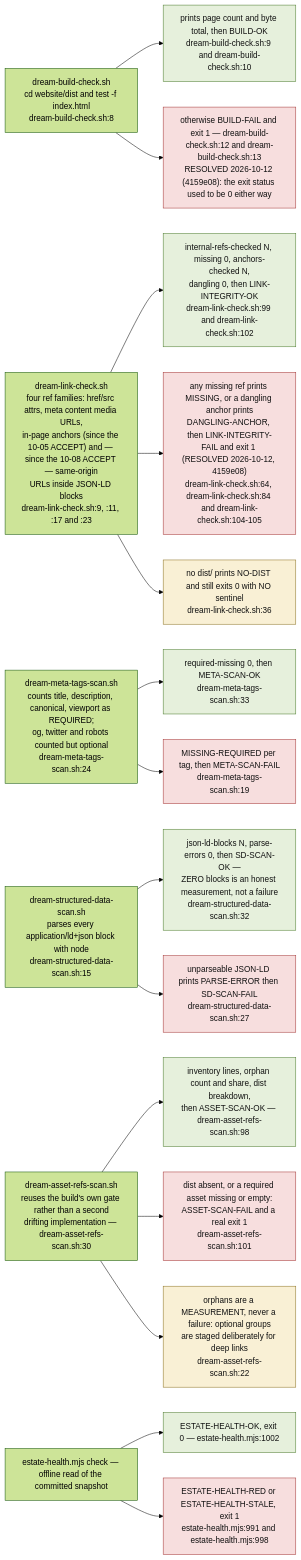
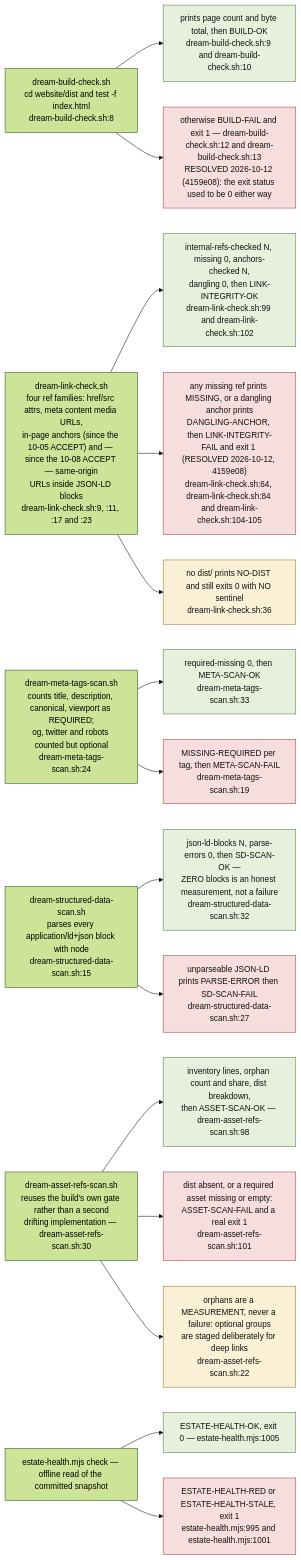
Before and after one commit to DreamLab-AI/VisionFlow: the fourth of 9 diagrams in docs/diagrams/visionflow/04-dream-cycle-integration.md, drawn with Mermaid (forest theme). The commit also changed 1 other file, not shown here.

Commit message:
docs(diagrams): VF-03.5/.11 snapshot figures and estate-health citations re-verified (17 repos, 9 green, 3 red)
Also re-cite check() lines in VF-03.6 and VF-04 after the age-INFO hoist.

````diff
--- a/docs/diagrams/visionflow/04-dream-cycle-integration.md
+++ b/docs/diagrams/visionflow/04-dream-cycle-integration.md
@@ -123,32 +123,32 @@
 ```mermaid
 flowchart LR
     classDef pass fill:#e6f0dc,stroke:#4a7a2a,color:#111
     classDef fail fill:#f7dede,stroke:#a33333,color:#111
     classDef odd fill:#f9f0d5,stroke:#8a7020,color:#111
 
     E1["dream-build-check.sh<br/>cd website/dist and test -f index.html<br/>dream-build-check.sh:8"]
     E1 --> E1P["prints page count and byte total, then BUILD-OK<br/>dream-build-check.sh:9 and dream-build-check.sh:10"]:::pass
     E1 --> E1F["otherwise BUILD-FAIL and exit 1 — dream-build-check.sh:12 and dream-build-check.sh:13<br/>RESOLVED 2026-10-12 (4159e08): the exit status used to be 0 either way"]:::fail
 
     E2["dream-link-check.sh<br/>four ref families: href/src attrs, meta content media URLs,<br/>in-page anchors (since the 10-05 ACCEPT) and — since the 10-08 ACCEPT — same-origin<br/>URLs inside JSON-LD blocks<br/>dream-link-check.sh:9, :11, :17 and :23"]
     E2 --> E2P["internal-refs-checked N, missing 0, anchors-checked N,<br/>dangling 0, then LINK-INTEGRITY-OK<br/>dream-link-check.sh:99 and dream-link-check.sh:102"]:::pass
     E2 --> E2F["any missing ref prints MISSING, or a dangling anchor prints<br/>DANGLING-ANCHOR, then LINK-INTEGRITY-FAIL and exit 1 (RESOLVED 2026-10-12, 4159e08)<br/>dream-link-check.sh:64, dream-link-check.sh:84 and dream-link-check.sh:104-105"]:::fail
     E2 --> E2X["no dist/ prints NO-DIST and still exits 0 with NO sentinel<br/>dream-link-check.sh:36"]:::odd
 
     E3["dream-meta-tags-scan.sh<br/>counts title, description, canonical, viewport as REQUIRED;<br/>og, twitter and robots counted but optional<br/>dream-meta-tags-scan.sh:24"]
     E3 --> E3P["required-missing 0, then META-SCAN-OK<br/>dream-meta-tags-scan.sh:33"]:::pass
     E3 --> E3F["MISSING-REQUIRED per tag, then META-SCAN-FAIL<br/>dream-meta-tags-scan.sh:19"]:::fail
 
     E4["dream-structured-data-scan.sh<br/>parses every application/ld+json block with node<br/>dream-structured-data-scan.sh:15"]
     E4 --> E4P["json-ld-blocks N, parse-errors 0, then SD-SCAN-OK —<br/>ZERO blocks is an honest measurement, not a failure<br/>dream-structured-data-scan.sh:32"]:::pass
     E4 --> E4F["unparseable JSON-LD prints PARSE-ERROR then SD-SCAN-FAIL<br/>dream-structured-data-scan.sh:27"]:::fail
 
     E5["dream-asset-refs-scan.sh<br/>reuses the build's own gate rather than a second<br/>drifting implementation — dream-asset-refs-scan.sh:30"]
     E5 --> E5P["inventory lines, orphan count and share, dist breakdown,<br/>then ASSET-SCAN-OK — dream-asset-refs-scan.sh:98"]:::pass
     E5 --> E5F["dist absent, or a required asset missing or empty:<br/>ASSET-SCAN-FAIL and a real exit 1<br/>dream-asset-refs-scan.sh:101"]:::fail
     E5 --> E5X["orphans are a MEASUREMENT, never a failure: optional groups<br/>are staged deliberately for deep links<br/>dream-asset-refs-scan.sh:22"]:::odd
 
     E6["estate-health.mjs check — offline read of the committed snapshot"]
-    E6 --> E6P["ESTATE-HEALTH-OK, exit 0 — estate-health.mjs:1002"]:::pass
-    E6 --> E6F["ESTATE-HEALTH-RED or ESTATE-HEALTH-STALE, exit 1<br/>estate-health.mjs:991 and estate-health.mjs:998"]:::fail
+    E6 --> E6P["ESTATE-HEALTH-OK, exit 0 — estate-health.mjs:1005"]:::pass
+    E6 --> E6F["ESTATE-HEALTH-RED or ESTATE-HEALTH-STALE, exit 1<br/>estate-health.mjs:995 and estate-health.mjs:1001"]:::fail
 ```
````
